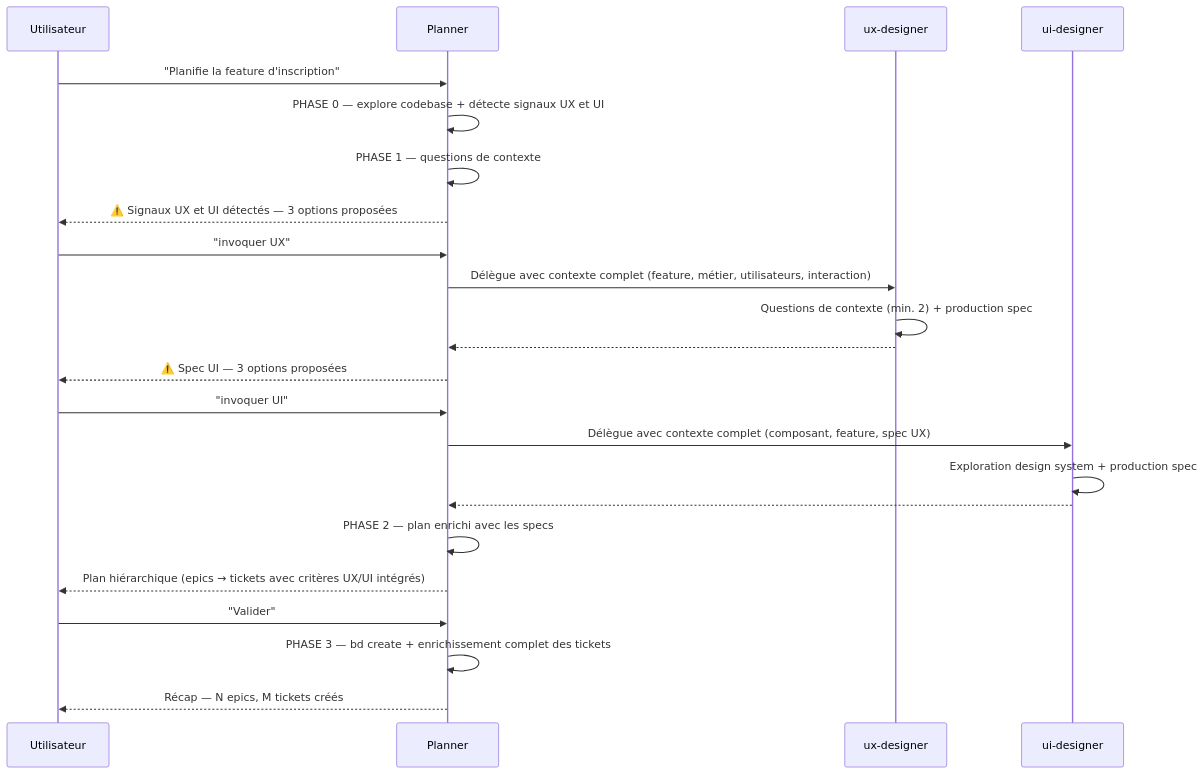
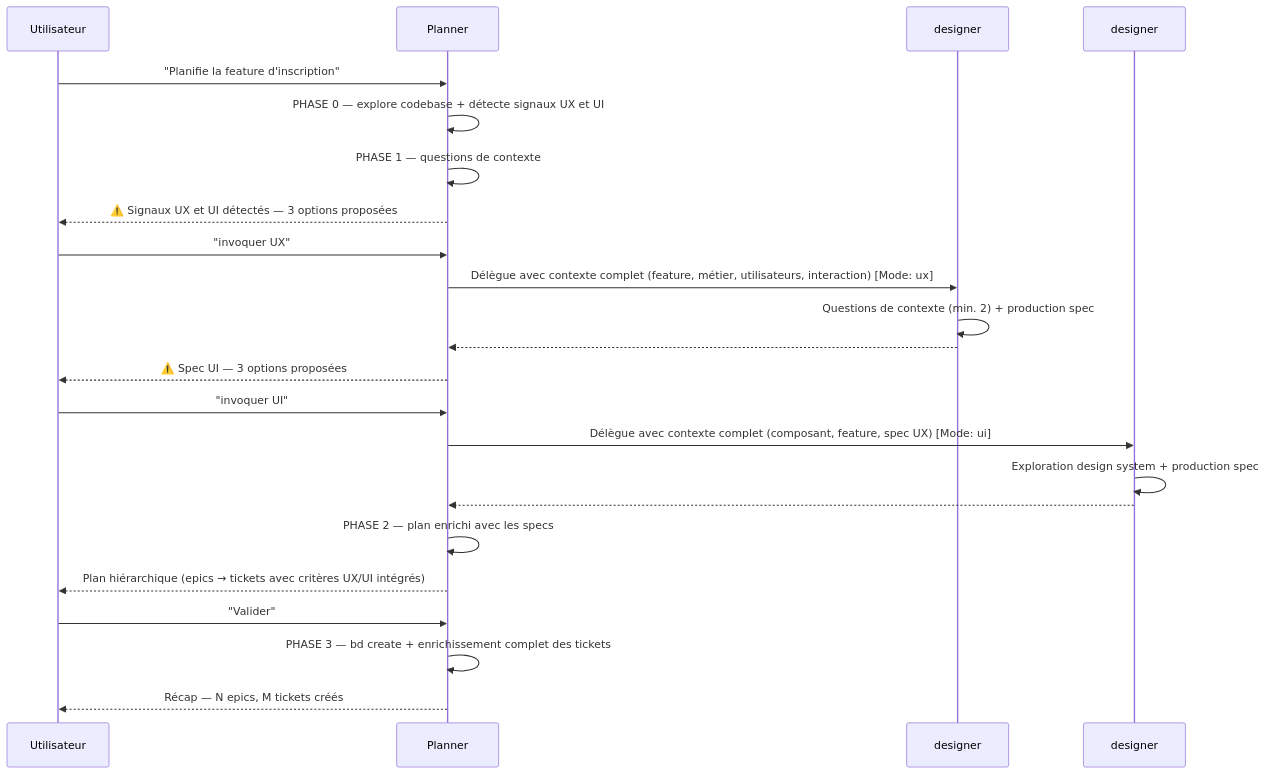
One commit to datichb/openhub changed the sixth of 6 diagrams in docs/guides/workflows.fr.md. Above: the diagram before and after it, drawn with Mermaid. The commit also changed other lines of this file and 87 other files, not shown here.

````diff
--- a/docs/guides/workflows.fr.md
+++ b/docs/guides/workflows.fr.md
@@ -721,30 +723,30 @@
 ```mermaid
 sequenceDiagram
     participant U as Utilisateur
     participant PL as Planner
-    participant UX as ux-designer
-    participant UI as ui-designer
+    participant UX as designer
+    participant UI as designer
 
     U->>PL: "Planifie la feature d'inscription"
     PL->>PL: PHASE 0 — explore codebase + détecte signaux UX et UI
     PL->>PL: PHASE 1 — questions de contexte
     PL-->>U: ⚠️ Signaux UX et UI détectés — 3 options proposées
     U->>PL: "invoquer UX"
 
-    PL->>UX: Délègue avec contexte complet (feature, métier, utilisateurs, interaction)
+    PL->>UX: Délègue avec contexte complet (feature, métier, utilisateurs, interaction) [Mode: ux]
     UX->>UX: Questions de contexte (min. 2) + production spec
     UX-->>PL: ## SPEC UX — Inscription\n(user flow + alternatifs + erreurs + acceptance)
 
     PL-->>U: ⚠️ Spec UI — 3 options proposées
     U->>PL: "invoquer UI"
 
-    PL->>UI: Délègue avec contexte complet (composant, feature, spec UX)
+    PL->>UI: Délègue avec contexte complet (composant, feature, spec UX) [Mode: ui]
     UI->>UI: Exploration design system + production spec
     UI-->>PL: ## SPEC UI — FormulaireInscription\n(composants + états + tokens + a11y)
 
     PL->>PL: PHASE 2 — plan enrichi avec les specs
     PL-->>U: Plan hiérarchique (epics → tickets avec critères UX/UI intégrés)
     U->>PL: "Valider"
     PL->>PL: PHASE 3 — bd create + enrichissement complet des tickets
     PL-->>U: Récap — N epics, M tickets créés
 ```
````
